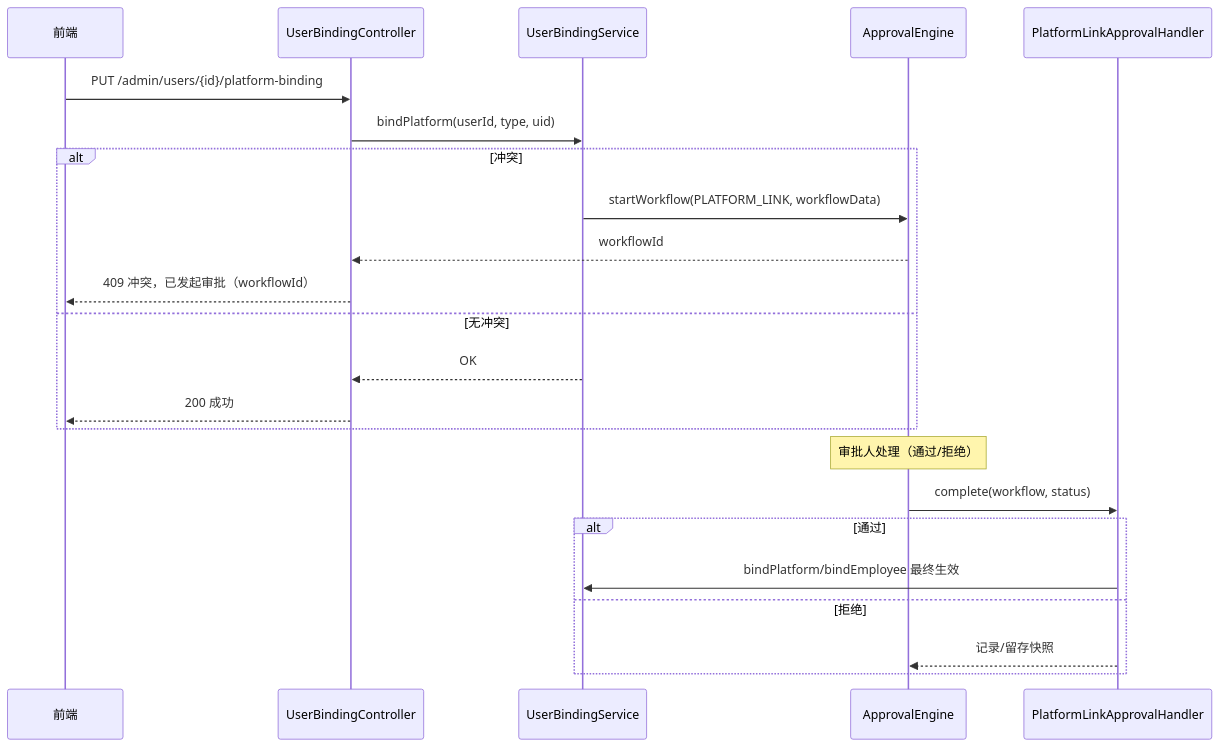
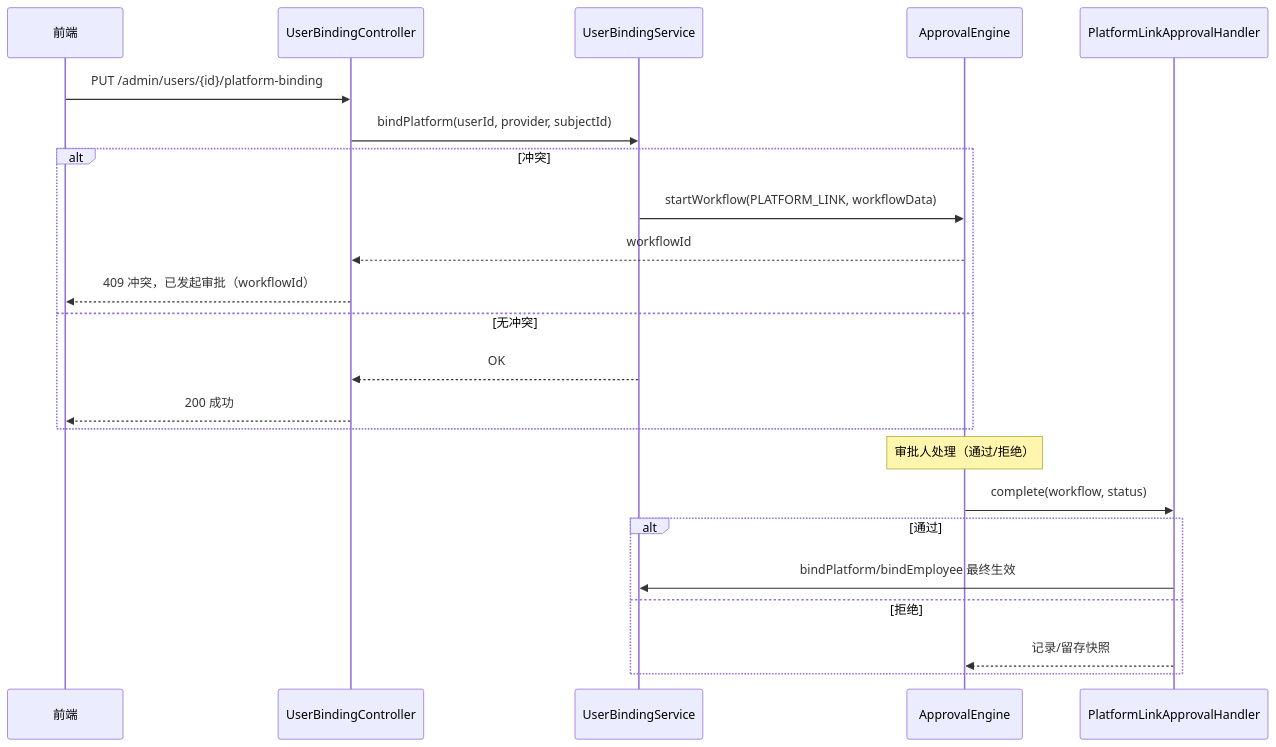
Before and after one commit to tyqy12/compensation-backend: the diagram in docs/platform-binding-approval.md, drawn with Mermaid. The commit also changed other lines of this file and 246 other files, not shown here.

````diff
--- a/docs/platform-binding-approval.md
+++ b/docs/platform-binding-approval.md
@@ -43,27 +45,27 @@
 ```mermaid
 sequenceDiagram
   participant FE as 前端
   participant API as UserBindingController
   participant SVC as UserBindingService
   participant FLOW as ApprovalEngine
   participant HD as PlatformLinkApprovalHandler
 
   FE->>API: PUT /admin/users/{id}/platform-binding
-  API->>SVC: bindPlatform(userId, type, uid)
+  API->>SVC: bindPlatform(userId, provider, subjectId)
   alt 冲突
     SVC->>FLOW: startWorkflow(PLATFORM_LINK, workflowData)
     FLOW-->>API: workflowId
     API-->>FE: 409 冲突，已发起审批（workflowId）
   else 无冲突
     SVC-->>API: OK
     API-->>FE: 200 成功
   end
 
   Note over FLOW: 审批人处理（通过/拒绝）
   FLOW->>HD: complete(workflow, status)
   alt 通过
     HD->>SVC: bindPlatform/bindEmployee 最终生效
   else 拒绝
     HD-->>FLOW: 记录/留存快照
   end
 ```
````
